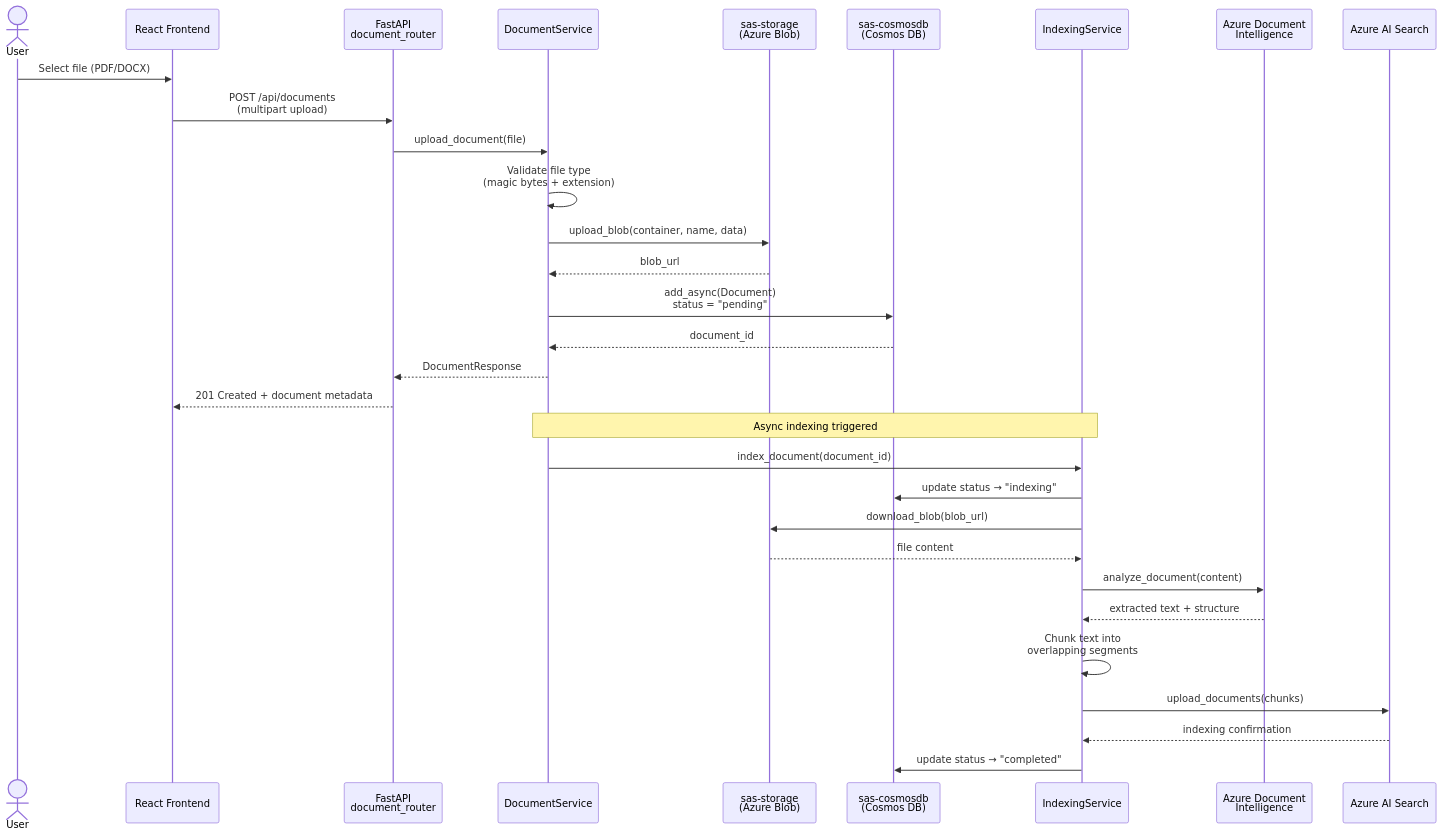
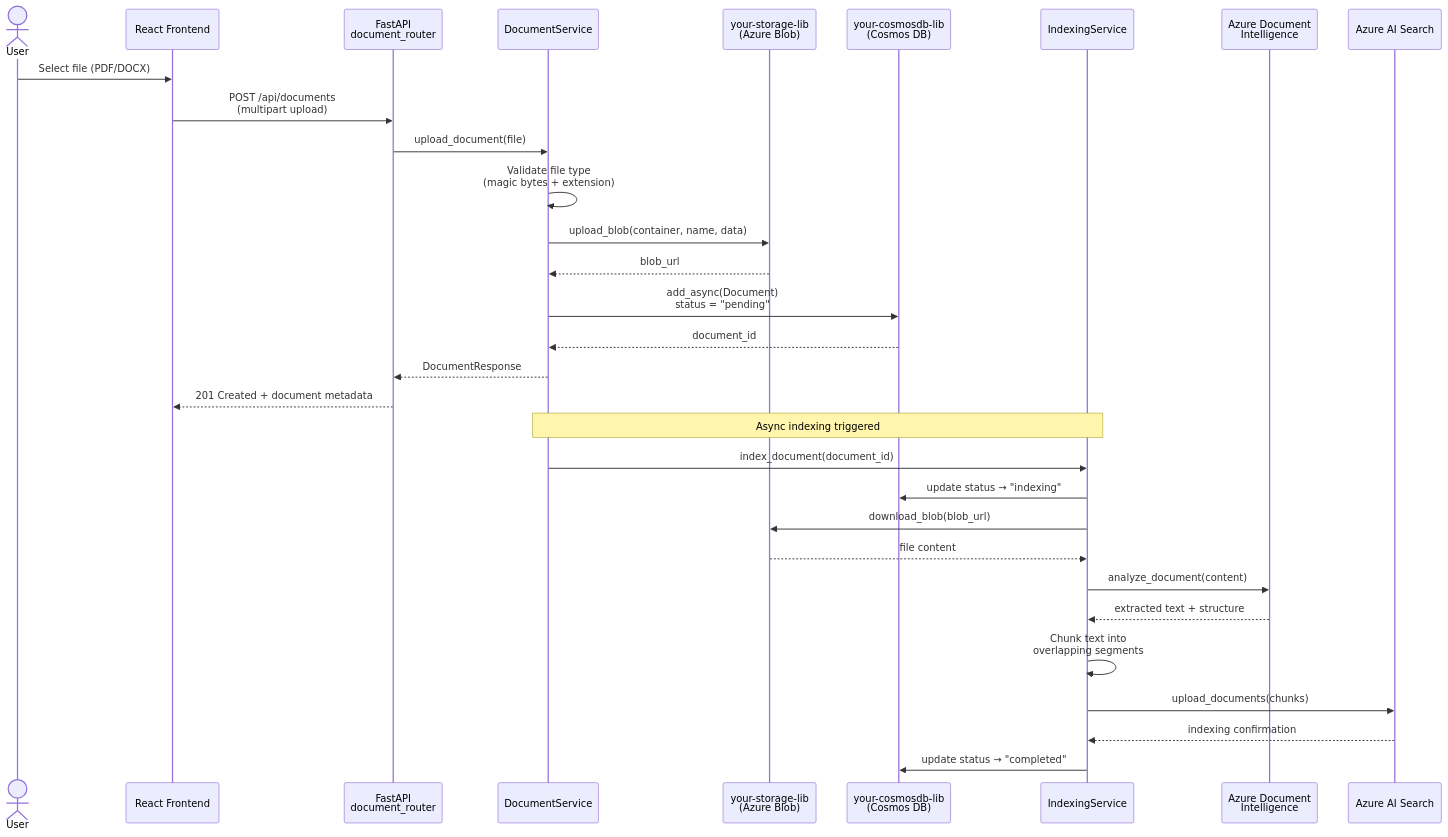
One commit to Dongbumlee/sdlc-harness changed the sixth of 8 diagrams in docs/adr/ADR-001-smartdoc-analyzer-architecture.md. Above: the diagram before and after it, drawn with Mermaid. The commit also changed other lines of this file and 63 other files, not shown here.

````diff
--- a/docs/adr/ADR-001-smartdoc-analyzer-architecture.md
+++ b/docs/adr/ADR-001-smartdoc-analyzer-architecture.md
@@ -445,36 +445,36 @@
 ```mermaid
 sequenceDiagram
     actor User
     participant Frontend as React Frontend
     participant API as FastAPI<br/>document_router
     participant DocSvc as DocumentService
-    participant Blob as sas-storage<br/>(Azure Blob)
-    participant DB as sas-cosmosdb<br/>(Cosmos DB)
+    participant Blob as your-storage-lib<br/>(Azure Blob)
+    participant DB as your-cosmosdb-lib<br/>(Cosmos DB)
     participant IdxSvc as IndexingService
     participant DocIntel as Azure Document<br/>Intelligence
     participant Search as Azure AI Search
 
     User->>Frontend: Select file (PDF/DOCX)
     Frontend->>API: POST /api/documents<br/>(multipart upload)
     API->>DocSvc: upload_document(file)
     DocSvc->>DocSvc: Validate file type<br/>(magic bytes + extension)
     DocSvc->>Blob: upload_blob(container, name, data)
     Blob-->>DocSvc: blob_url
     DocSvc->>DB: add_async(Document)<br/>status = "pending"
     DB-->>DocSvc: document_id
     DocSvc-->>API: DocumentResponse
     API-->>Frontend: 201 Created + document metadata
 
     Note over DocSvc,IdxSvc: Async indexing triggered
 
     DocSvc->>IdxSvc: index_document(document_id)
     IdxSvc->>DB: update status → "indexing"
     IdxSvc->>Blob: download_blob(blob_url)
     Blob-->>IdxSvc: file content
     IdxSvc->>DocIntel: analyze_document(content)
     DocIntel-->>IdxSvc: extracted text + structure
     IdxSvc->>IdxSvc: Chunk text into<br/>overlapping segments
     IdxSvc->>Search: upload_documents(chunks)
     Search-->>IdxSvc: indexing confirmation
     IdxSvc->>DB: update status → "completed"
 ```
````
